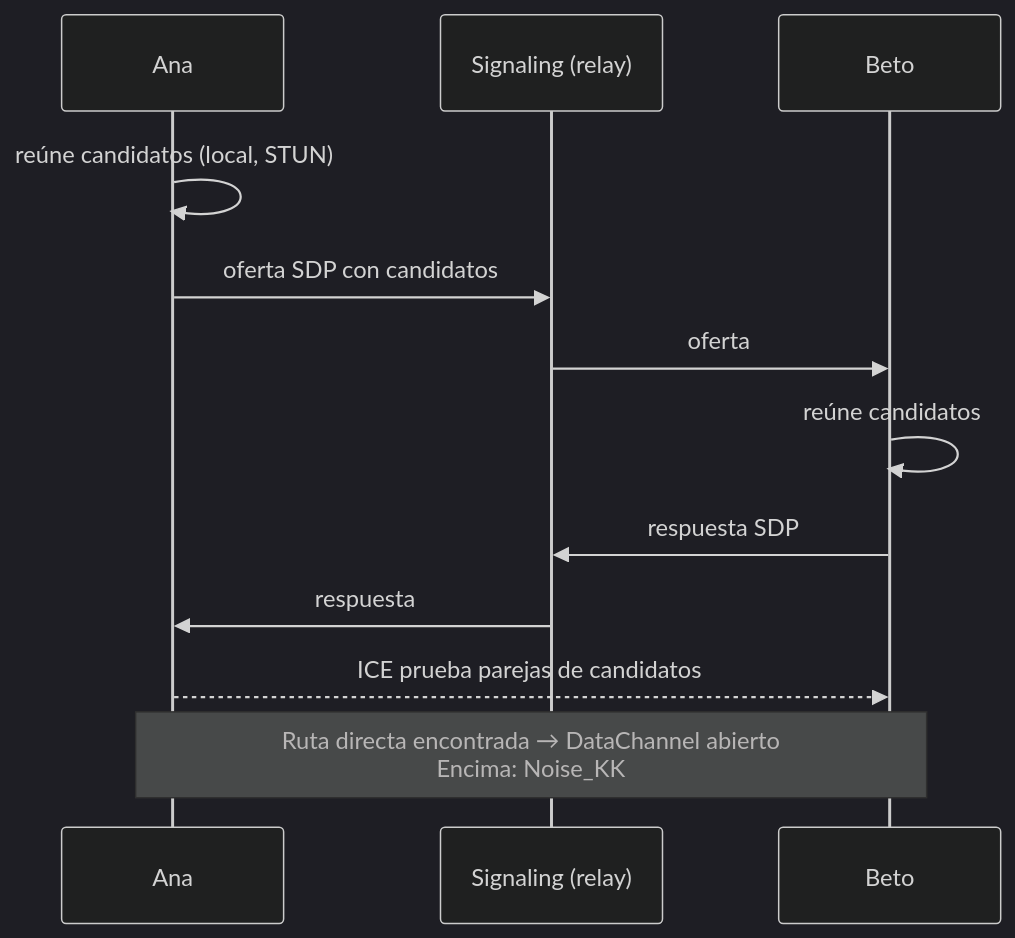
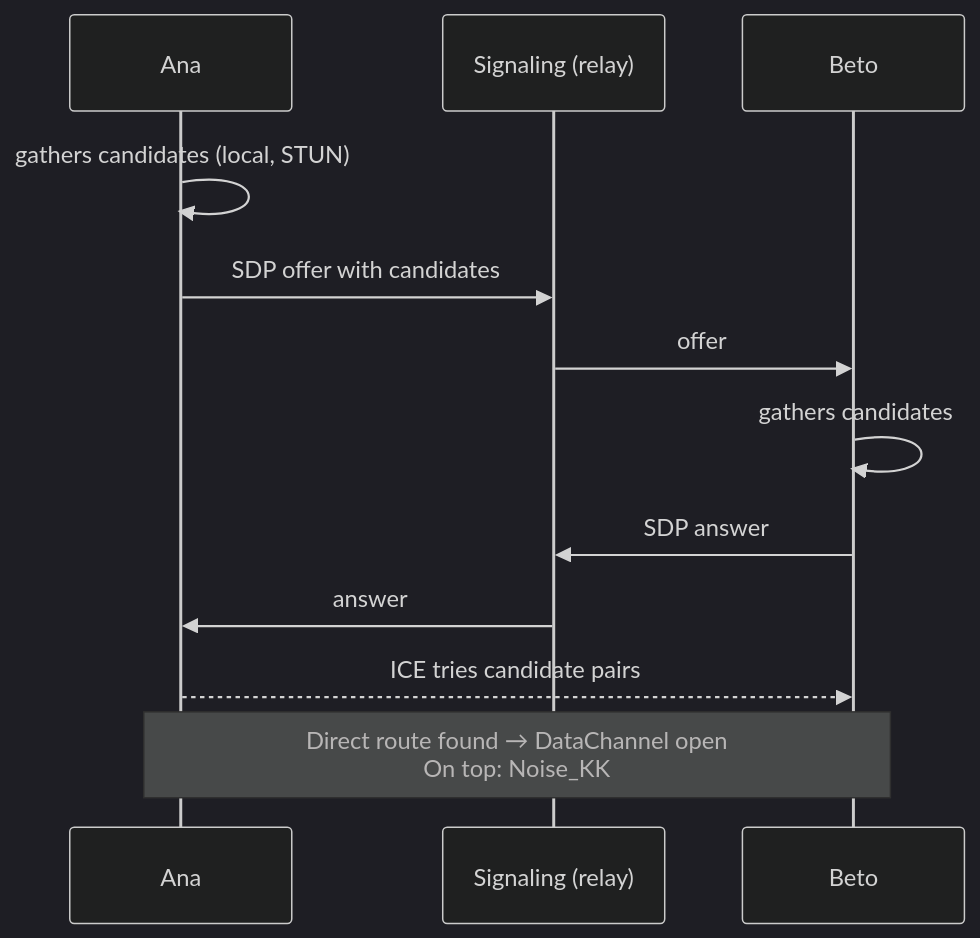
The second of 2 diagrams in website/concepts/nat-and-p2p.md (fsoftt/Murmur), drawn with Mermaid (dark theme) before and after one commit. The commit also changed other lines of this file and 51 other files, not shown here.

````diff
--- a/website/concepts/nat-and-p2p.md
+++ b/website/concepts/nat-and-p2p.md
@@ -27,14 +27,14 @@
 ```mermaid
 sequenceDiagram
     participant A as Ana
     participant S as Signaling (relay)
     participant B as Beto
-    A->>A: reúne candidatos (local, STUN)
-    A->>S: oferta SDP con candidatos
-    S->>B: oferta
-    B->>B: reúne candidatos
-    B->>S: respuesta SDP
-    S->>A: respuesta
-    A-->>B: ICE prueba parejas de candidatos
-    Note over A,B: Ruta directa encontrada → DataChannel abierto<br/>Encima: Noise_KK
+    A->>A: gathers candidates (local, STUN)
+    A->>S: SDP offer with candidates
+    S->>B: offer
+    B->>B: gathers candidates
+    B->>S: SDP answer
+    S->>A: answer
+    A-->>B: ICE tries candidate pairs
+    Note over A,B: Direct route found → DataChannel open<br/>On top: Noise_KK
 ```
````
